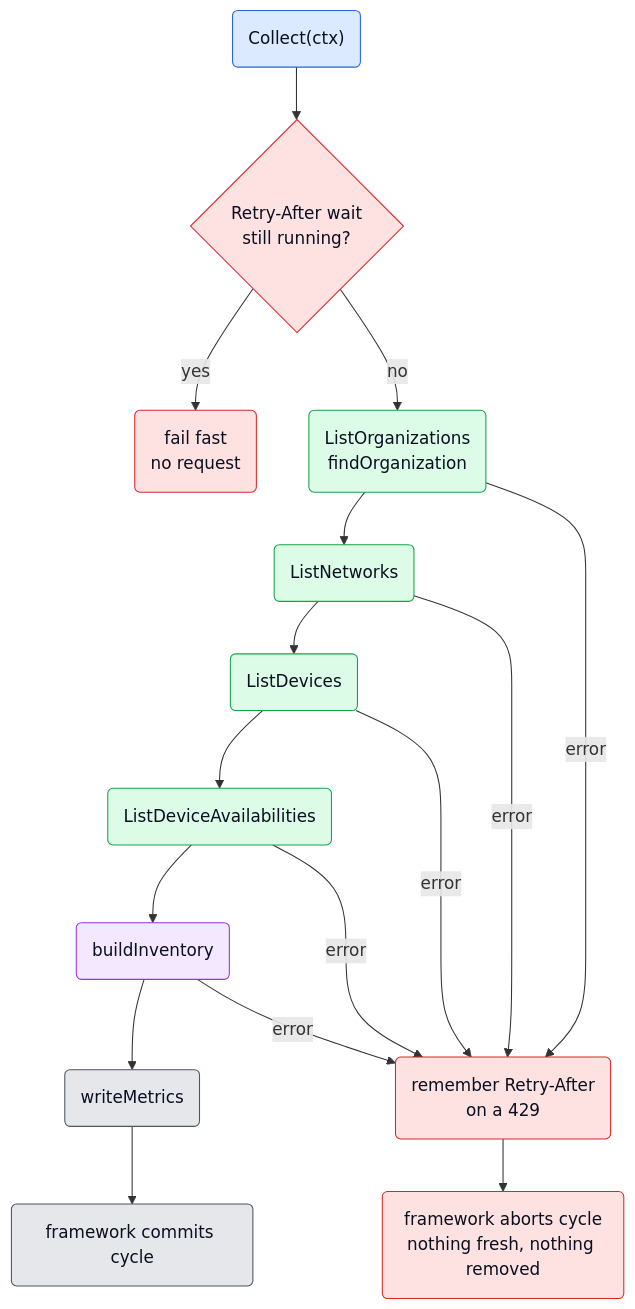
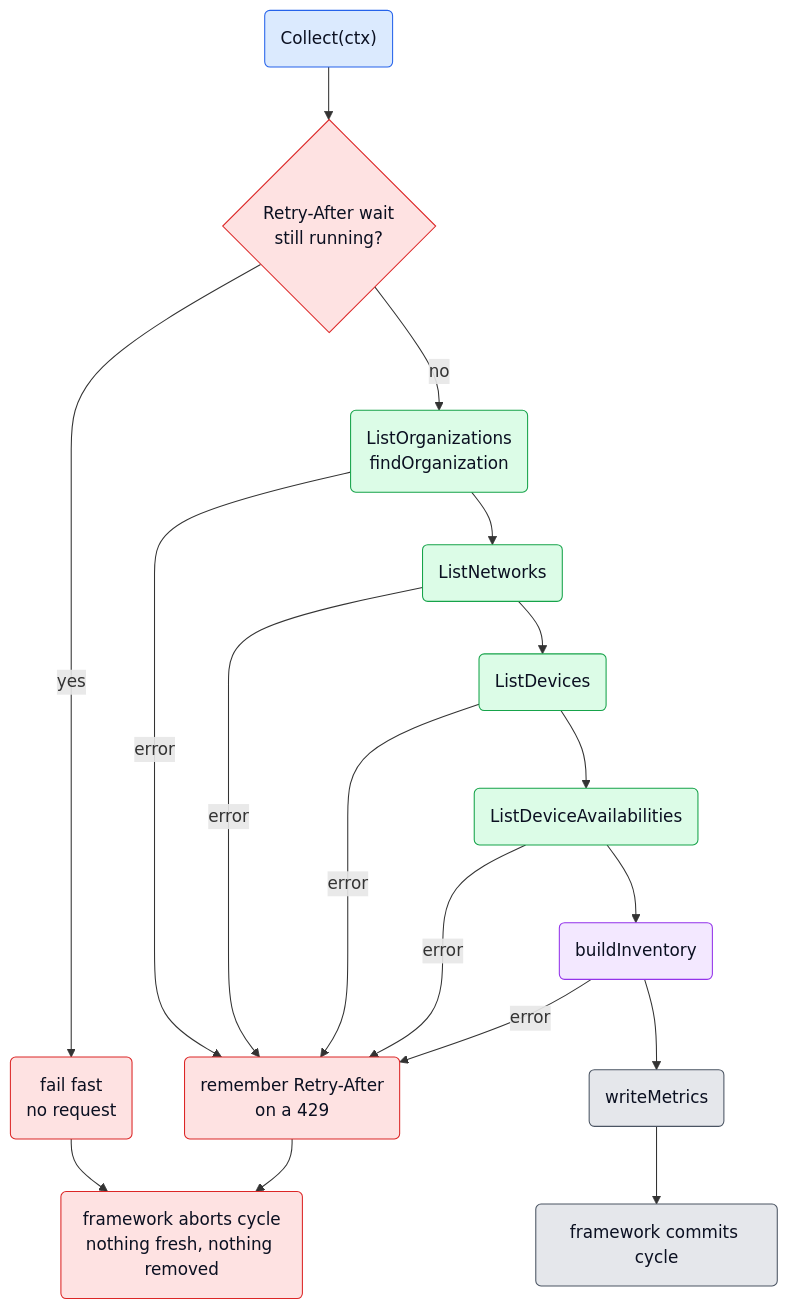
One commit to netdata/netdata changed the third of 4 diagrams in src/go/plugin/go.d/collector/meraki/ARCHITECTURE.md. Above: the diagram before and after it, drawn with Mermaid. The commit also changed other lines of this file and 1 other file, not shown here.

````diff
--- a/src/go/plugin/go.d/collector/meraki/ARCHITECTURE.md
+++ b/src/go/plugin/go.d/collector/meraki/ARCHITECTURE.md
@@ -130,31 +131,31 @@
 ```mermaid
 flowchart TD
     Start("Collect(ctx)")
     Pending{"Retry-After wait<br/>still running?"}
     FailFast("fail fast<br/>no request")
     Orgs("ListOrganizations<br/>findOrganization")
     Nets("ListNetworks")
     Devs("ListDevices")
     Avail("ListDeviceAvailabilities")
     Join("buildInventory")
     Write("writeMetrics")
     Commit("framework commits cycle")
     Abort("framework aborts cycle<br/>nothing fresh, nothing removed")
     Remember("remember Retry-After<br/>on a 429")
 
     Start --> Pending
-    Pending -->|"yes"| FailFast
+    Pending -->|"yes"| FailFast --> Abort
     Pending -->|"no"| Orgs --> Nets --> Devs --> Avail --> Join --> Write --> Commit
     Orgs & Nets & Devs & Avail & Join -->|"error"| Remember --> Abort
 
     classDef ext fill:#dbeafe,stroke:#2563eb,color:#0b1021;
     classDef recv fill:#dcfce7,stroke:#16a34a,color:#0b1021;
     classDef mean fill:#f3e8ff,stroke:#9333ea,color:#0b1021;
     classDef out fill:#e5e7eb,stroke:#4b5563,color:#0b1021;
     classDef err fill:#fee2e2,stroke:#dc2626,color:#0b1021;
     class Start ext;
     class Orgs,Nets,Devs,Avail recv;
     class Join mean;
     class Write,Commit out;
     class Pending,FailFast,Abort,Remember err;
 ```
````
